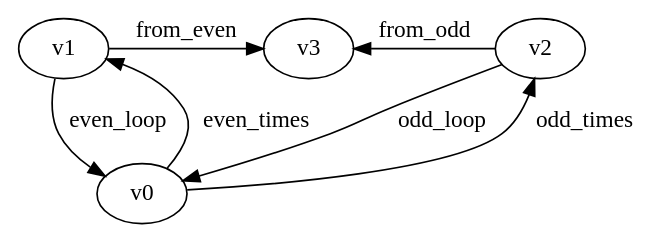
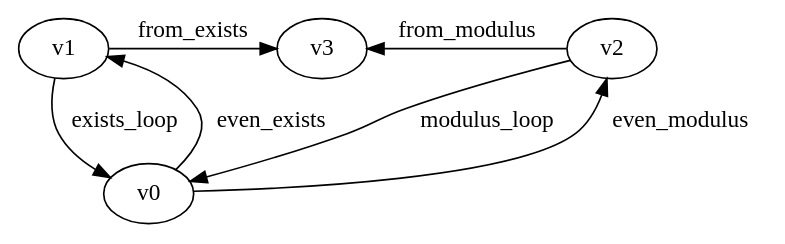
The diagram in input-files/existential_demo.dot (petejaustin/temporis), drawn with Graphviz before and after one commit. The commit also changed 7 other files, not shown here.

```diff
--- a/input-files/existential_demo.dot
+++ b/input-files/existential_demo.dot
@@ -1,24 +1,26 @@
 digraph ExistentialConstraints {
     /*
-     * Existential Quantifier Demo
+     * Existential Quantifier Demo with Modulus
      * 
-     * Demonstrates existential quantifiers in temporal constraints.
-     * Some edges are only available at specific mathematical patterns.
+     * Demonstrates both existential quantifiers and modulus constraints.
+     * Shows different ways to express the same mathematical patterns.
      */
     
     // Vertices
     v0 [name="v0", player=0];           // Start
-    v1 [name="v1", player=1];           // Choice A
-    v2 [name="v2", player=1];           // Choice B  
+    v1 [name="v1", player=1];           // Choice A (existential)
+    v2 [name="v2", player=1];           // Choice B (modulus)
     v3 [name="v3", player=0, target=1]; // Target
     
-    // Edges with existential constraints
-    v0 -> v1 [label="even_times", constraint="exists k. time = 2*k"];        // Even times only
-    v0 -> v2 [label="odd_times", constraint="exists k. time = 2*k + 1"];     // Odd times only
+    // Existential quantifier version (old style)
+    v0 -> v1 [label="even_exists", constraint="exists k. time = 2*k"];     // Even times
     
-    v1 -> v3 [label="from_even", constraint="time <= 10"];                   // Quick from even
-    v1 -> v0 [label="even_loop"];                                            // Loop back
+    // Modulus constraint version (new style) - equivalent to above
+    v0 -> v2 [label="even_modulus", constraint="time%2==0"];               // Even times
     
-    v2 -> v3 [label="from_odd", constraint="time >= 3"];                     // Delayed from odd
-    v2 -> v0 [label="odd_loop"];                                             // Loop back
+    v1 -> v3 [label="from_exists", constraint="time <= 10"];               // Quick from existential
+    v1 -> v0 [label="exists_loop"];                                        // Loop back
+    
+    v2 -> v3 [label="from_modulus", constraint="time mod 3 == 1"];         // From mod: 1,4,7,10,13...
+    v2 -> v0 [label="modulus_loop"];                                       // Loop back
 }
```
